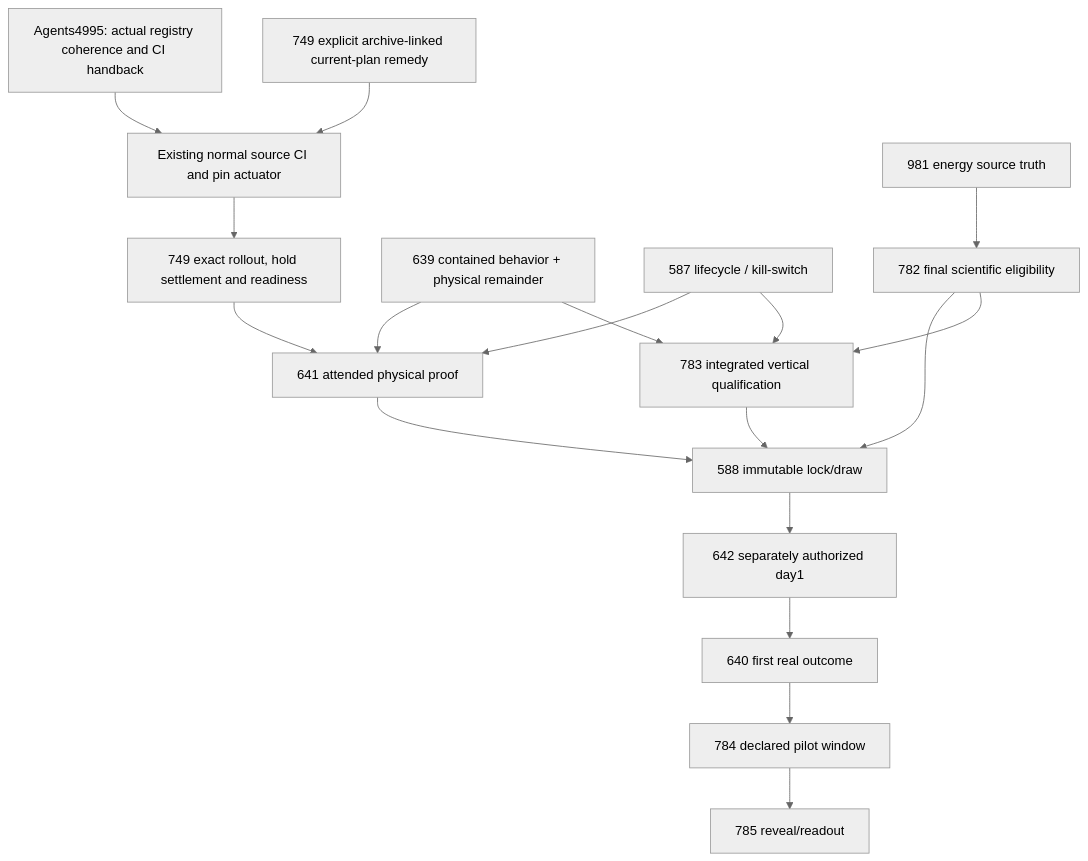
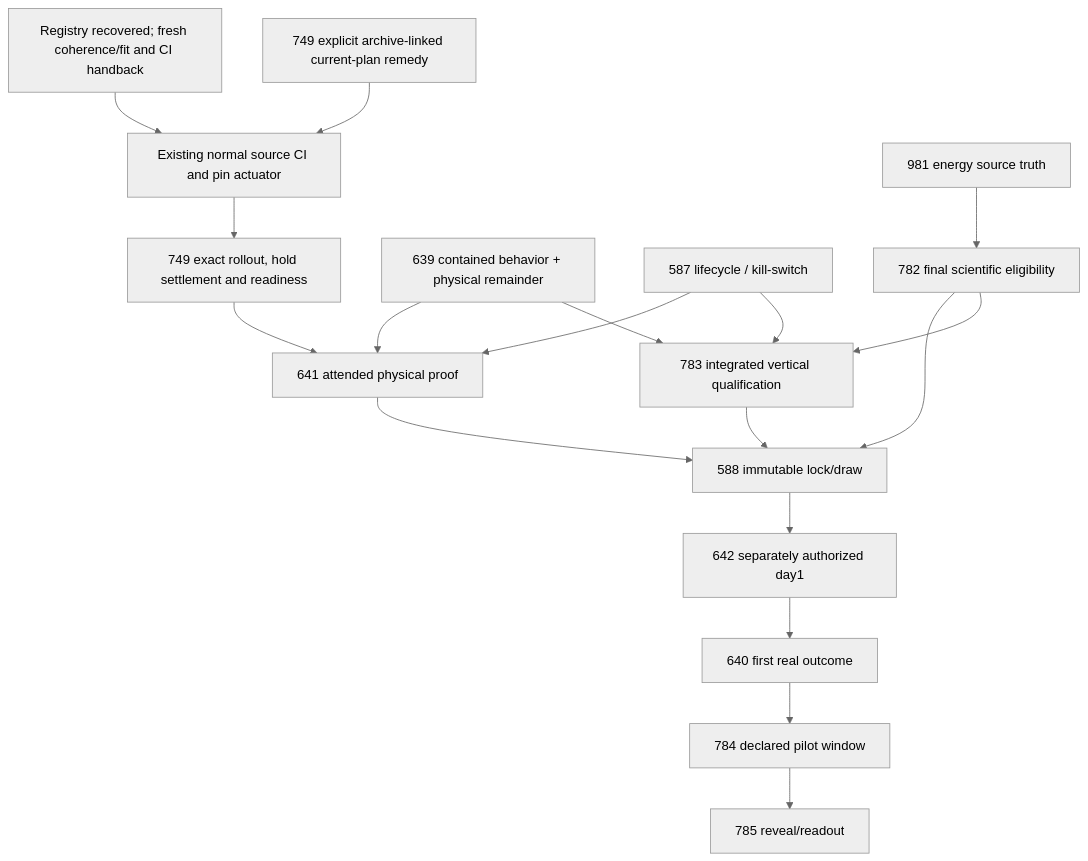
The diagram in planning/reviews/2026-10-17/DEPENDENCIES.md (VerdifyConsultancy/verdify-platform), drawn with Mermaid (neutral theme) before and after one commit. The commit also changed 10 other files, not shown here.

````diff
--- a/planning/reviews/2026-10-17/DEPENDENCIES.md
+++ b/planning/reviews/2026-10-17/DEPENDENCIES.md
@@ -7,20 +7,20 @@
 ```mermaid
 flowchart TD
   repair["749 explicit archive-linked current-plan remedy"] --> delivery["Existing normal source CI and pin actuator"]
-  registry["Agents4995: actual registry coherence and CI handback"] --> delivery
+  registry["Registry recovered; fresh coherence/fit and CI handback"] --> delivery
   delivery --> i749["749 exact rollout, hold settlement and readiness"]
   i639["639 contained behavior + physical remainder"] --> i783["783 integrated vertical qualification"]
   i587["587 lifecycle / kill-switch"] --> i783
   i981["981 energy source truth"] --> i782["782 final scientific eligibility"]
   i782 --> i783
   i749 --> i641["641 attended physical proof"]
   i639 --> i641
   i587 --> i641
   i641 --> i588["588 immutable lock/draw"]
   i782 --> i588
   i783 --> i588
   i588 --> i642["642 separately authorized day1"]
   i642 --> i640["640 first real outcome"]
   i640 --> i784["784 declared pilot window"]
   i784 --> i785["785 reveal/readout"]
 ```
````
